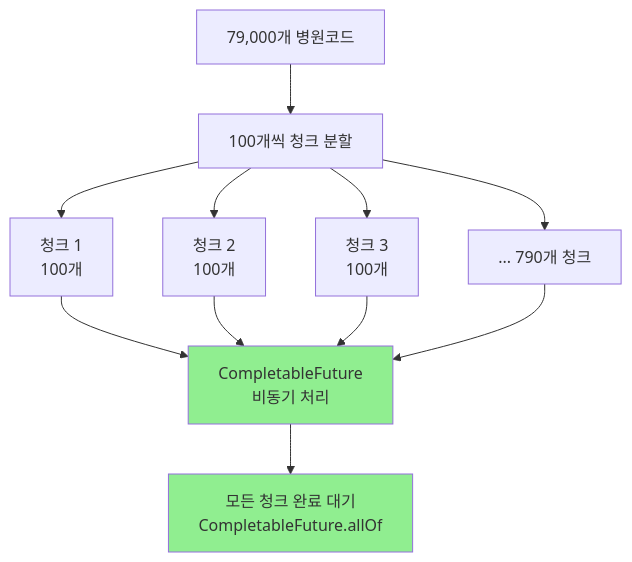
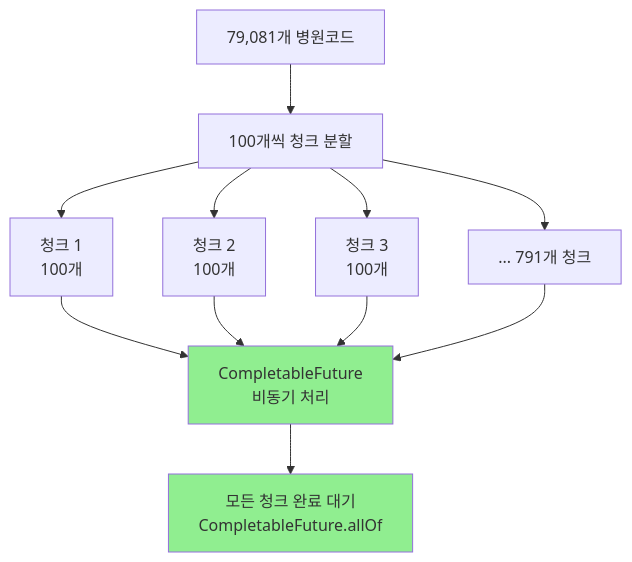
Before and after one commit to medical-info-hub/hospitalInfoProject-backend: the third of 11 diagrams in docs/LARGE_SCALE_API_CALL_INFRASTRUCTURE.md, drawn with Mermaid. The commit also changed other lines of this file, not shown here.

````diff
--- a/docs/LARGE_SCALE_API_CALL_INFRASTRUCTURE.md
+++ b/docs/LARGE_SCALE_API_CALL_INFRASTRUCTURE.md
@@ -144,18 +144,18 @@
 ```mermaid
 graph TD
-    A[79,000개 병원코드] --> B[100개씩 청크 분할]
+    A[79,081개 병원코드] --> B[100개씩 청크 분할]
     B --> C[청크 1<br/>100개]
     B --> D[청크 2<br/>100개]
     B --> E[청크 3<br/>100개]
-    B --> F[... 790개 청크]
+    B --> F[... 791개 청크]
 
     C --> G[CompletableFuture<br/>비동기 처리]
     D --> G
     E --> G
     F --> G
 
     G --> H[모든 청크 완료 대기<br/>CompletableFuture.allOf]
 
     style G fill:#90EE90
     style H fill:#90EE90
 ```
````
